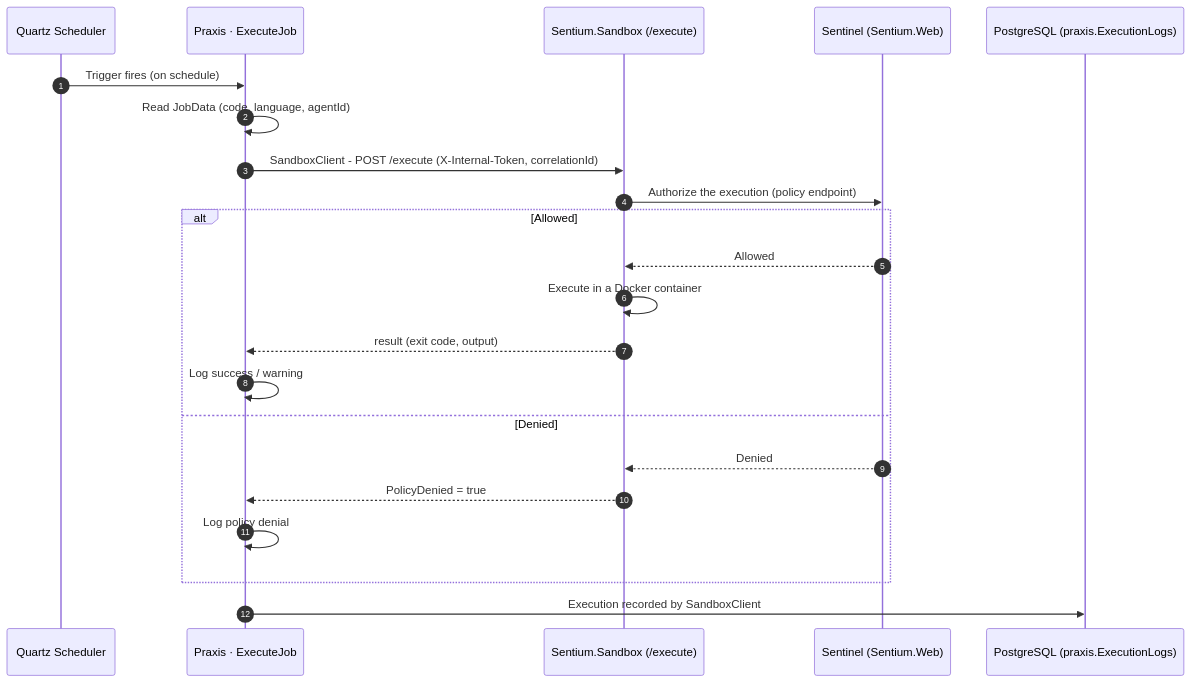
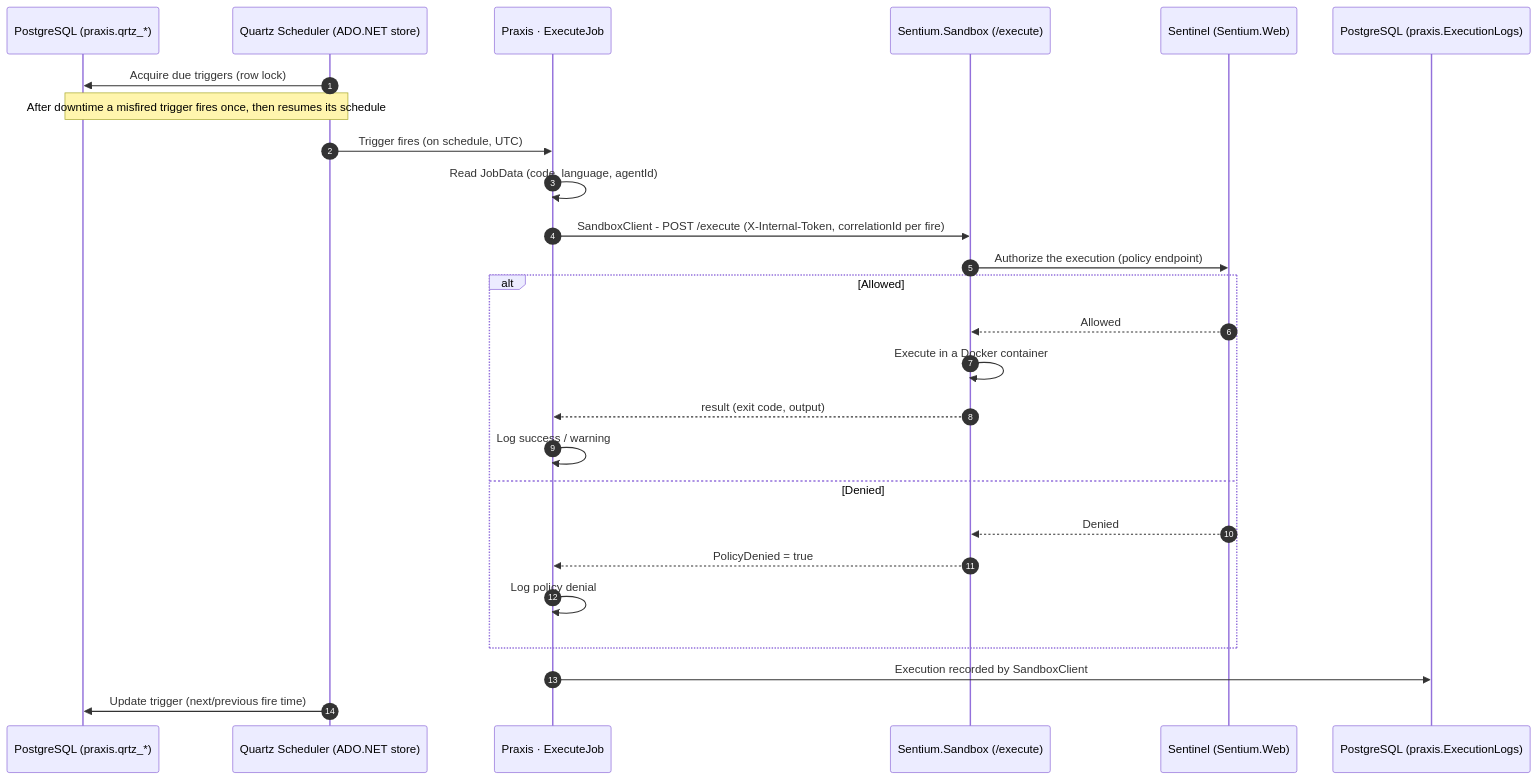
Before and after one commit to mihailshterev/sentium: the diagram in docs/diagrams/scheduling-2-scheduled-execution.md, drawn with Mermaid. The commit also changed 21 other files, not shown here.

````diff
--- a/docs/diagrams/scheduling-2-scheduled-execution.md
+++ b/docs/diagrams/scheduling-2-scheduled-execution.md
@@ -1,25 +1,29 @@
 ```mermaid
 sequenceDiagram
     autonumber
-    participant SCH as Quartz Scheduler
+    participant DB as PostgreSQL (praxis.qrtz_*)
+    participant SCH as Quartz Scheduler (ADO.NET store)
     participant EJ as Praxis · ExecuteJob
     participant SB as Sentium.Sandbox (/execute)
     participant SE as Sentinel (Sentium.Web)
     participant LOG as PostgreSQL (praxis.ExecutionLogs)
 
-    SCH->>EJ: Trigger fires (on schedule)
+    SCH->>DB: Acquire due triggers (row lock)
+    Note over SCH,DB: After downtime a misfired trigger fires once, then resumes its schedule
+    SCH->>EJ: Trigger fires (on schedule, UTC)
     EJ->>EJ: Read JobData (code, language, agentId)
-    EJ->>SB: SandboxClient - POST /execute (X-Internal-Token, correlationId)
+    EJ->>SB: SandboxClient - POST /execute (X-Internal-Token, correlationId per fire)
     SB->>SE: Authorize the execution (policy endpoint)
     alt Allowed
         SE-->>SB: Allowed
         SB->>SB: Execute in a Docker container
         SB-->>EJ: result (exit code, output)
         EJ->>EJ: Log success / warning
     else Denied
         SE-->>SB: Denied
         SB-->>EJ: PolicyDenied = true
         EJ->>EJ: Log policy denial
     end
     EJ->>LOG: Execution recorded by SandboxClient
+    SCH->>DB: Update trigger (next/previous fire time)
 ```
````
